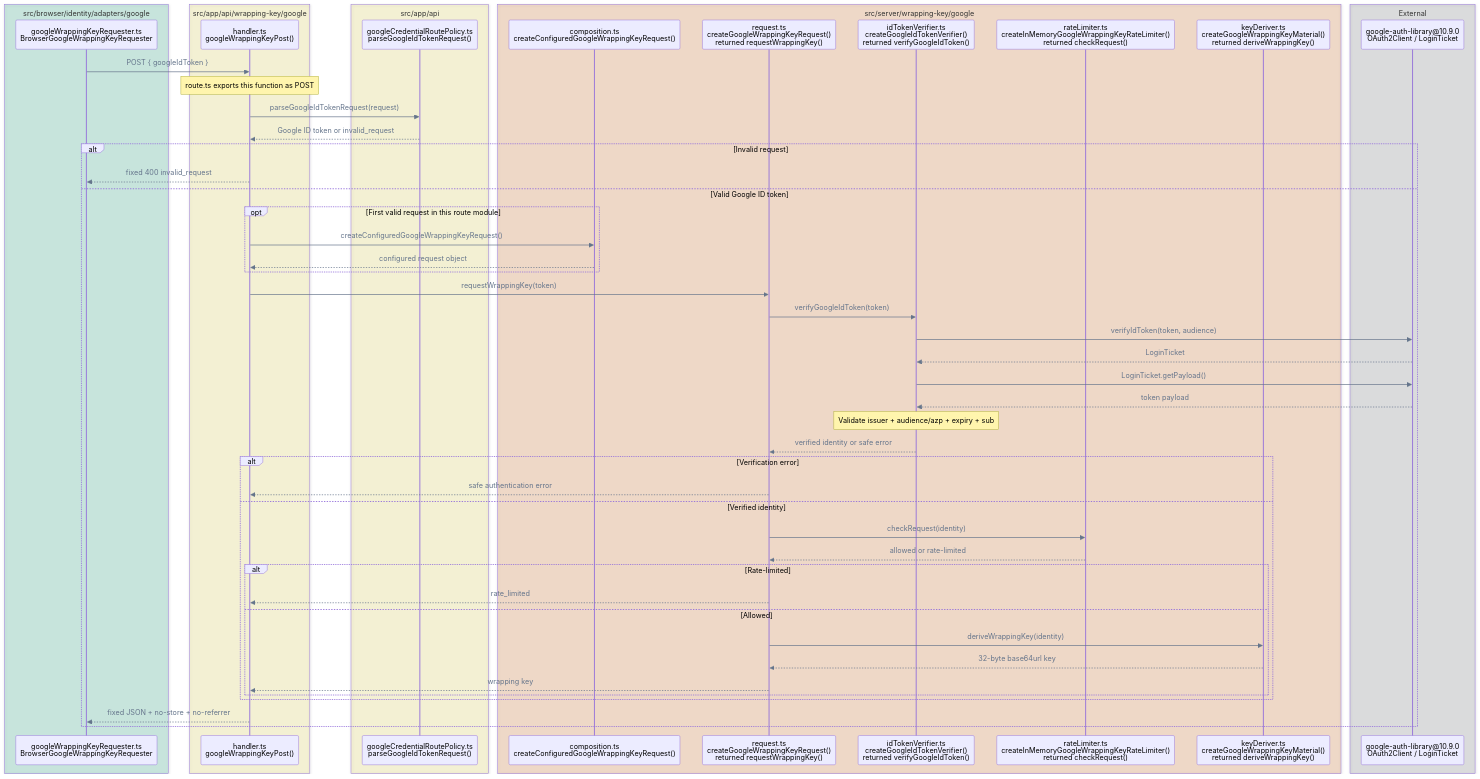
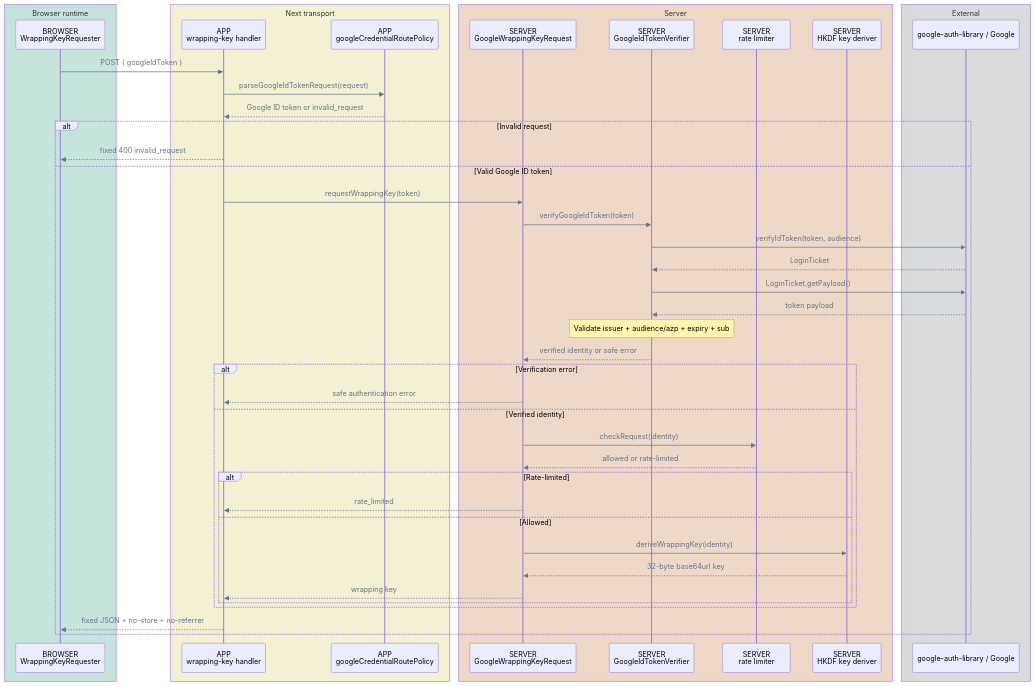
Before and after one commit to pubky/pubky-passport: diagram 13 of 14 in FLOWS.md, drawn with Mermaid. The commit also changed other lines of this file, not shown here.

````diff
--- a/FLOWS.md
+++ b/FLOWS.md
@@ -704,60 +701,52 @@
 ```mermaid
 %%{init: {"themeVariables": {"signalColor": "#64748B", "signalTextColor": "#64748B"}}}%%
 sequenceDiagram
     accTitle: Google wrapping-key API call flow
     accDescr: The route validates its request, verifies Google identity claims, applies a keyed identity rate limit, and derives wrapping material with HKDF.
-    box rgba(0, 158, 115, 0.18) src/browser/identity/adapters/google
-        participant Browser as googleWrappingKeyRequester.ts<br/>BrowserGoogleWrappingKeyRequester
+    box rgba(0, 158, 115, 0.18) Browser runtime
+        participant Browser as BROWSER<br/>WrappingKeyRequester
     end
-    box rgba(240, 228, 66, 0.18) src/app/api/wrapping-key/google
-        participant Handler as handler.ts<br/>googleWrappingKeyPost()
+    box rgba(240, 228, 66, 0.18) Next transport
+        participant Handler as APP<br/>wrapping-key handler
+        participant Policy as APP<br/>googleCredentialRoutePolicy
     end
-    box rgba(240, 228, 66, 0.18) src/app/api
-        participant Policy as googleCredentialRoutePolicy.ts<br/>parseGoogleIdTokenRequest()
-    end
-    box rgba(213, 94, 0, 0.18) src/server/wrapping-key/google
-        participant Composition as composition.ts<br/>createConfiguredGoogleWrappingKeyRequest()
-        participant Request as request.ts<br/>createGoogleWrappingKeyRequest()<br/>returned requestWrappingKey()
-        participant Verifier as idTokenVerifier.ts<br/>createGoogleIdTokenVerifier()<br/>returned verifyGoogleIdToken()
-        participant Limiter as rateLimiter.ts<br/>createInMemoryGoogleWrappingKeyRateLimiter()<br/>returned checkRequest()
-        participant Deriver as keyDeriver.ts<br/>createGoogleWrappingKeyMaterial()<br/>returned deriveWrappingKey()
+    box rgba(213, 94, 0, 0.18) Server
+        participant Request as SERVER<br/>GoogleWrappingKeyRequest
+        participant Verifier as SERVER<br/>GoogleIdTokenVerifier
+        participant Limiter as SERVER<br/>rate limiter
+        participant Deriver as SERVER<br/>HKDF key deriver
     end
     box rgba(17, 24, 39, 0.12) External
-        participant Google as google-auth-library@10.9.0<br/>OAuth2Client / LoginTicket
+        participant Google as google-auth-library / Google
     end
 
     Browser->>Handler: POST { googleIdToken }
-    Note over Handler: route.ts exports this function as POST
     Handler->>Policy: parseGoogleIdTokenRequest(request)
     Policy-->>Handler: Google ID token or invalid_request
     alt Invalid request
         Handler-->>Browser: fixed 400 invalid_request
     else Valid Google ID token
-        opt First valid request in this route module
-            Handler->>Composition: createConfiguredGoogleWrappingKeyRequest()
-            Composition-->>Handler: configured request object
-        end
         Handler->>Request: requestWrappingKey(token)
         Request->>Verifier: verifyGoogleIdToken(token)
         Verifier->>Google: verifyIdToken(token, audience)
         Google-->>Verifier: LoginTicket
         Verifier->>Google: LoginTicket.getPayload()
         Google-->>Verifier: token payload
         Note over Verifier: Validate issuer + audience/azp + expiry + sub
         Verifier-->>Request: verified identity or safe error
         alt Verification error
             Request-->>Handler: safe authentication error
         else Verified identity
             Request->>Limiter: checkRequest(identity)
             Limiter-->>Request: allowed or rate-limited
             alt Rate-limited
                 Request-->>Handler: rate_limited
             else Allowed
                 Request->>Deriver: deriveWrappingKey(identity)
                 Deriver-->>Request: 32-byte base64url key
                 Request-->>Handler: wrapping key
             end
         end
         Handler-->>Browser: fixed JSON + no-store + no-referrer
     end
 ```
````
